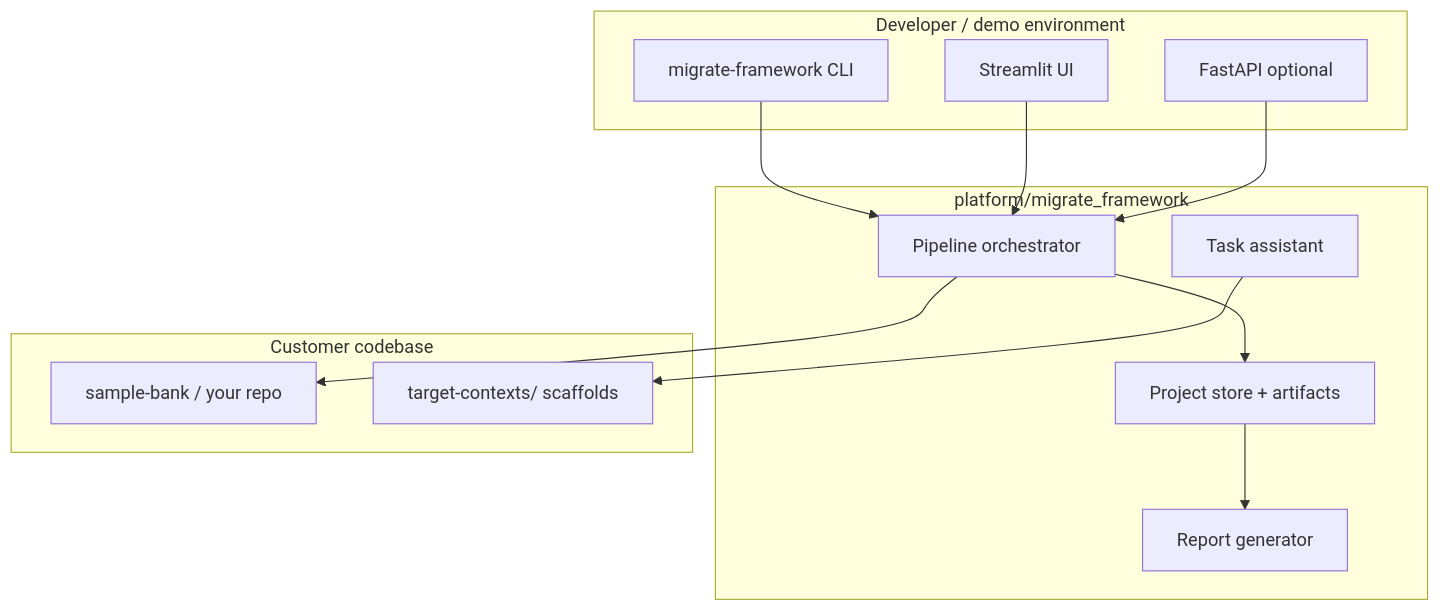
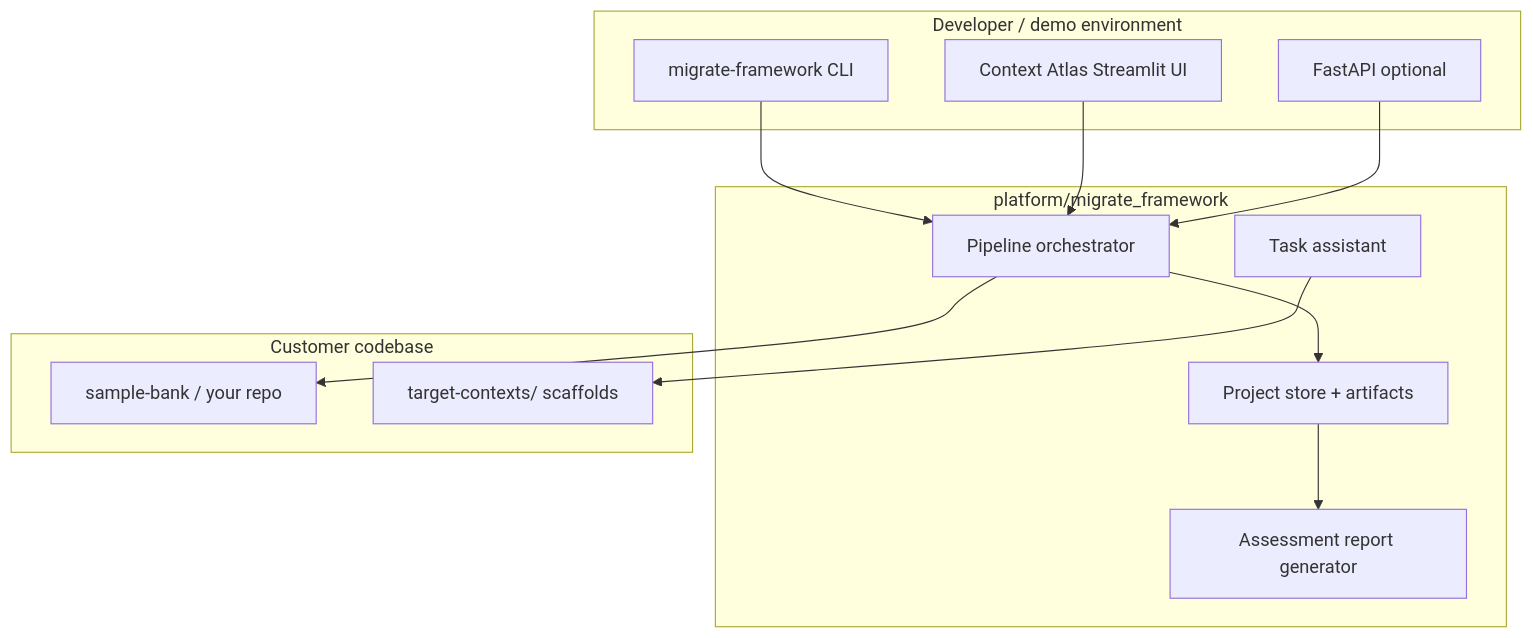
One commit to bsinha/AI_Driven_Project_Migration changed the sixth of 6 diagrams in docs/stakeholder-presentation.md. Above: the diagram before and after it, drawn with Mermaid. The commit also changed other lines of this file and 7 other files, not shown here.

Commit message:
added name Context Atlas and added logo as well

````diff
--- a/docs/stakeholder-presentation.md
+++ b/docs/stakeholder-presentation.md
@@ -370,28 +448,28 @@
 ```mermaid
 flowchart TB
     subgraph DevMachine["Developer / demo environment"]
         CLI[migrate-framework CLI]
-        ST[Streamlit UI]
+        ST[Context Atlas Streamlit UI]
         API[FastAPI optional]
     end
 
     subgraph Platform["platform/migrate_framework"]
         ORCH[Pipeline orchestrator]
         STORE[Project store + artifacts]
-        REPORT[Report generator]
+        REPORT[Assessment report generator]
         ASSIST[Task assistant]
     end
 
     subgraph Estate["Customer codebase"]
         REPO[sample-bank / your repo]
         TC[target-contexts/ scaffolds]
     end
 
     CLI --> ORCH
     ST --> ORCH
     API --> ORCH
     ORCH --> STORE
     ORCH --> REPO
     ASSIST --> TC
     STORE --> REPORT
 ```
````
